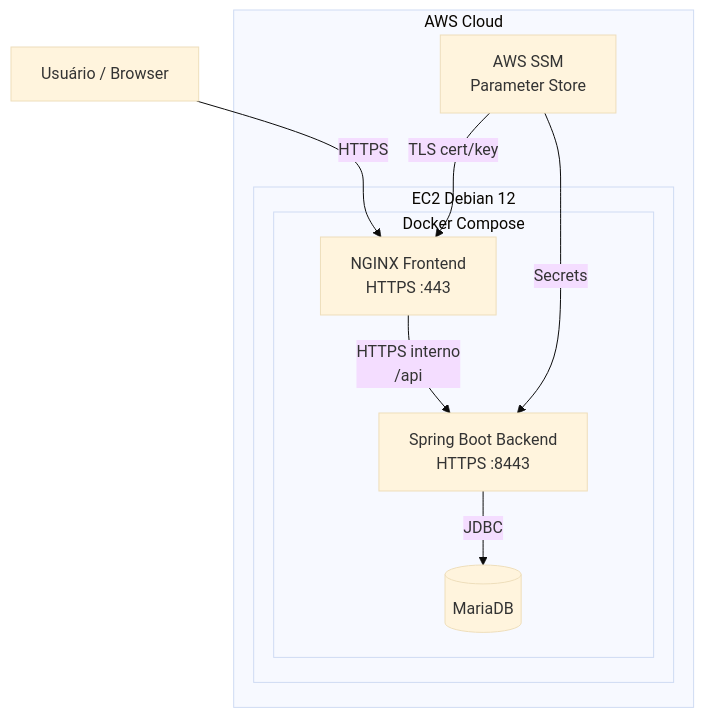
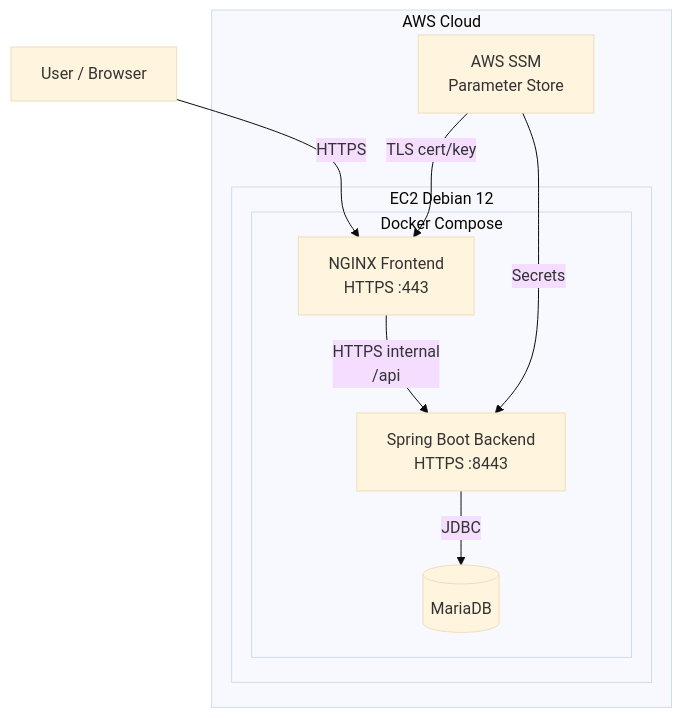
Before and after one commit to rgiovann/moredevs2blu-hackaton2025-deslocafacil: the diagram in README.md, drawn with Mermaid (base theme). The commit also changed other lines of this file, not shown here.

````diff
--- a/README.md
+++ b/README.md
@@ -482,21 +482,21 @@
 ```mermaid
 flowchart TB
-    User["Usuário / Browser"]
+    User["User / Browser"]
     
     subgraph AWS["AWS Cloud"]
         subgraph EC2["EC2 Debian 12"]
             subgraph Docker["Docker Compose"]
                 FE["NGINX Frontend<br/>HTTPS :443"]
                 BE["Spring Boot Backend<br/>HTTPS :8443"]
                 DB[("MariaDB")]
             end
         end
         SSM["AWS SSM<br/>Parameter Store"]
     end
     
     User -->|HTTPS| FE
-    FE -->|HTTPS interno<br/>/api| BE
+    FE -->|HTTPS internal<br/>/api| BE
     BE -->|JDBC| DB
     SSM -->|Secrets| BE
     SSM -->|TLS cert/key| FE
 ```
````
